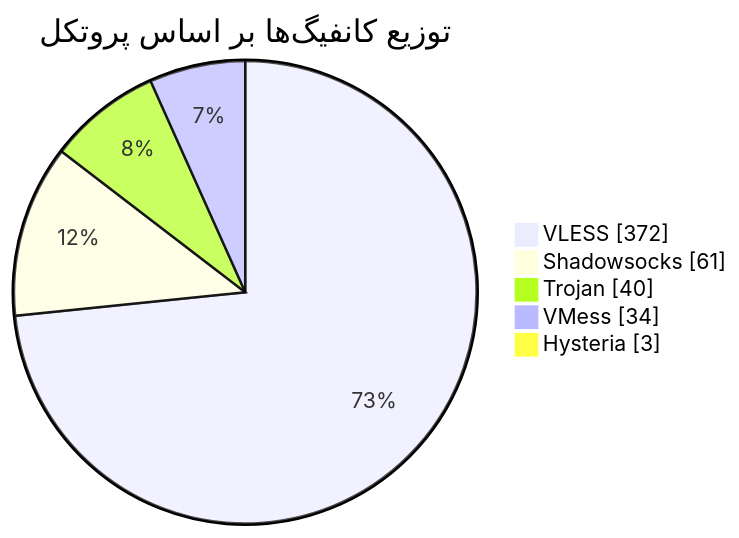
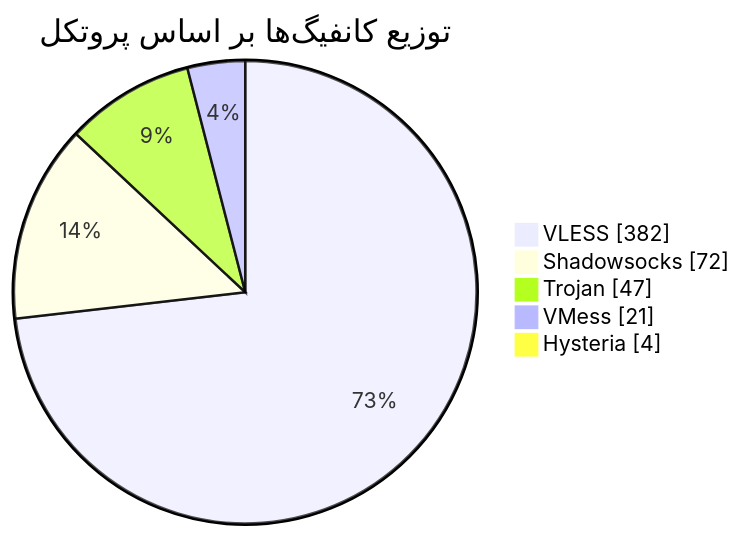
The diagram in README.md (Arian-Alijani/Somthing), drawn with Mermaid before and after one commit. The commit also changed other lines of this file and 69 other files, not shown here.

````diff
--- a/README.md
+++ b/README.md
@@ -47,9 +47,9 @@
 ```mermaid
 pie showData
     title توزیع کانفیگ‌ها بر اساس پروتکل
-    "VLESS" : 372
-    "Shadowsocks" : 61
-    "Trojan" : 40
-    "VMess" : 34
-    "Hysteria" : 3
+    "VLESS" : 382
+    "Shadowsocks" : 72
+    "Trojan" : 47
+    "VMess" : 21
+    "Hysteria" : 4
 ```
````
